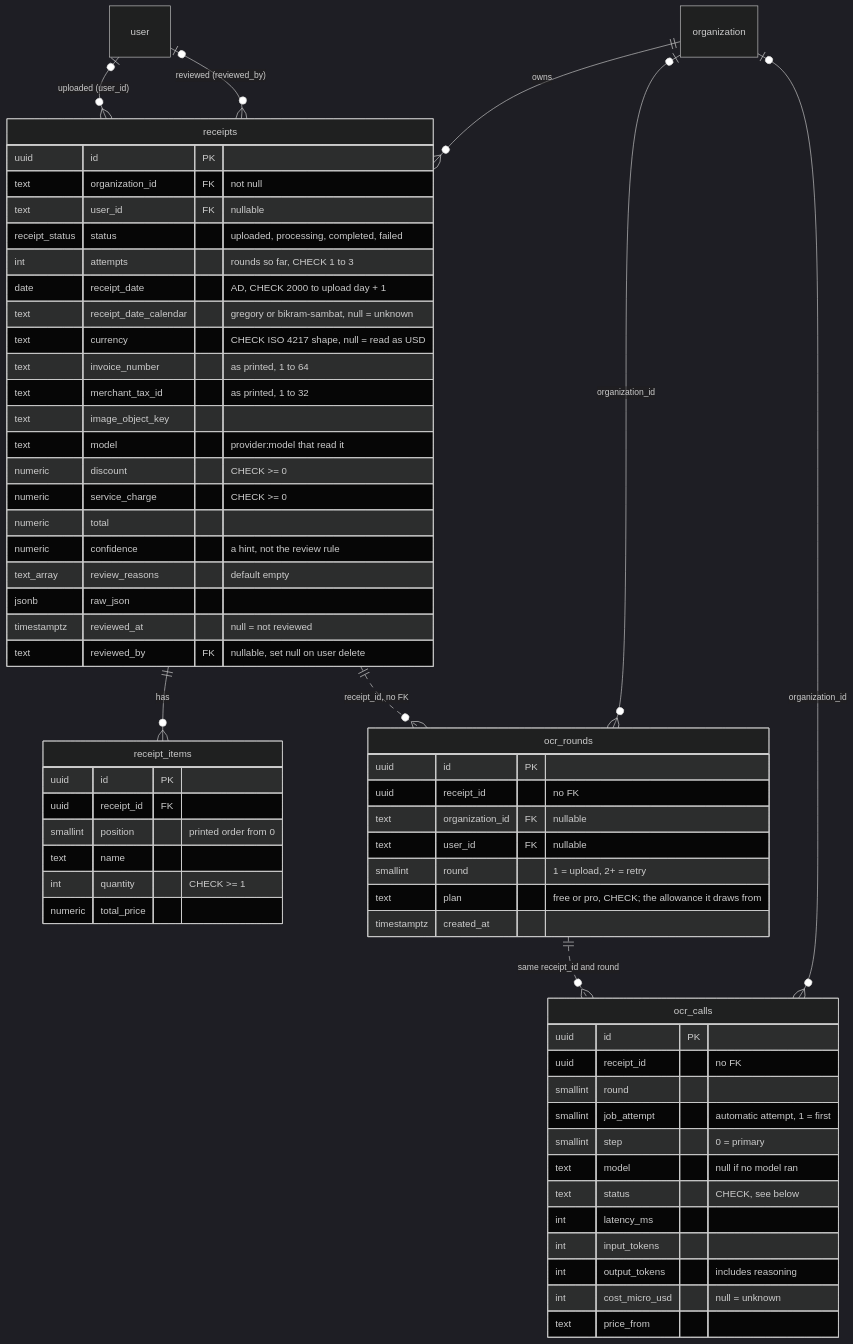
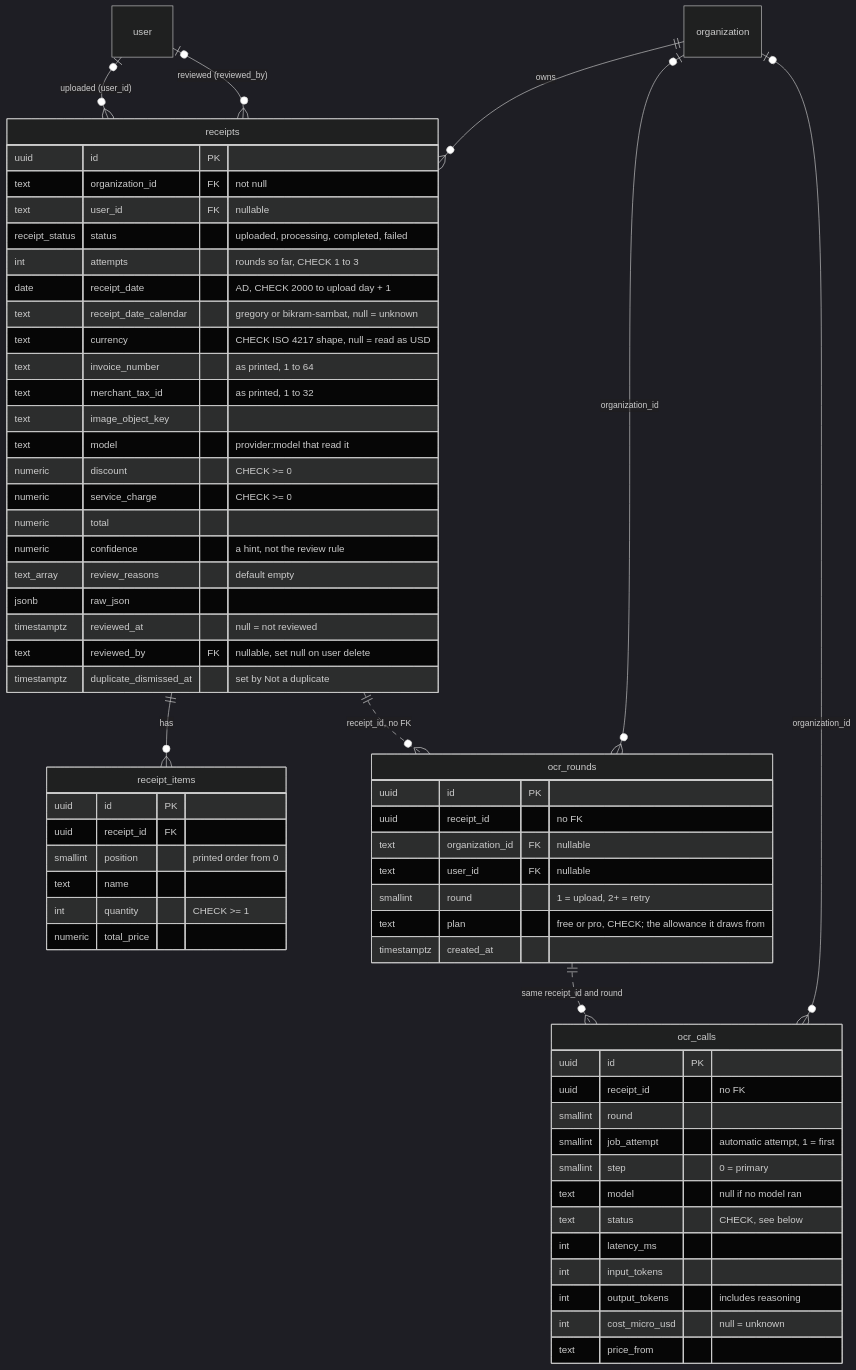
One commit to bhimrazy/receipt-ocr-app changed the second of 7 diagrams in docs/architecture/data-model.md. Above: the diagram before and after it, drawn with Mermaid (dark theme). The commit also changed other lines of this file and 46 other files, not shown here.

````diff
--- a/docs/architecture/data-model.md
+++ b/docs/architecture/data-model.md
@@ -140,65 +140,66 @@
 ```mermaid
 erDiagram
   organization ||--o{ receipts : "owns"
   user |o--o{ receipts : "uploaded (user_id)"
   user |o--o{ receipts : "reviewed (reviewed_by)"
   receipts ||--o{ receipt_items : "has"
   receipts ||..o{ ocr_rounds : "receipt_id, no FK"
   ocr_rounds ||..o{ ocr_calls : "same receipt_id and round"
   organization |o--o{ ocr_rounds : "organization_id"
   organization |o--o{ ocr_calls : "organization_id"
 
   receipts {
     uuid id PK
     text organization_id FK "not null"
     text user_id FK "nullable"
     receipt_status status "uploaded, processing, completed, failed"
     int attempts "rounds so far, CHECK 1 to 3"
     date receipt_date "AD, CHECK 2000 to upload day + 1"
     text receipt_date_calendar "gregory or bikram-sambat, null = unknown"
     text currency "CHECK ISO 4217 shape, null = read as USD"
     text invoice_number "as printed, 1 to 64"
     text merchant_tax_id "as printed, 1 to 32"
     text image_object_key
     text model "provider:model that read it"
     numeric discount "CHECK >= 0"
     numeric service_charge "CHECK >= 0"
     numeric total
     numeric confidence "a hint, not the review rule"
     text_array review_reasons "default empty"
     jsonb raw_json
     timestamptz reviewed_at "null = not reviewed"
     text reviewed_by FK "nullable, set null on user delete"
+    timestamptz duplicate_dismissed_at "set by Not a duplicate"
   }
   receipt_items {
     uuid id PK
     uuid receipt_id FK
     smallint position "printed order from 0"
     text name
     int quantity "CHECK >= 1"
     numeric total_price
   }
   ocr_rounds {
     uuid id PK
     uuid receipt_id "no FK"
     text organization_id FK "nullable"
     text user_id FK "nullable"
     smallint round "1 = upload, 2+ = retry"
     text plan "free or pro, CHECK; the allowance it draws from"
     timestamptz created_at
   }
   ocr_calls {
     uuid id PK
     uuid receipt_id "no FK"
     smallint round
     smallint job_attempt "automatic attempt, 1 = first"
     smallint step "0 = primary"
     text model "null if no model ran"
     text status "CHECK, see below"
     int latency_ms
     int input_tokens
     int output_tokens "includes reasoning"
     int cost_micro_usd "null = unknown"
     text price_from
   }
 ```
````
